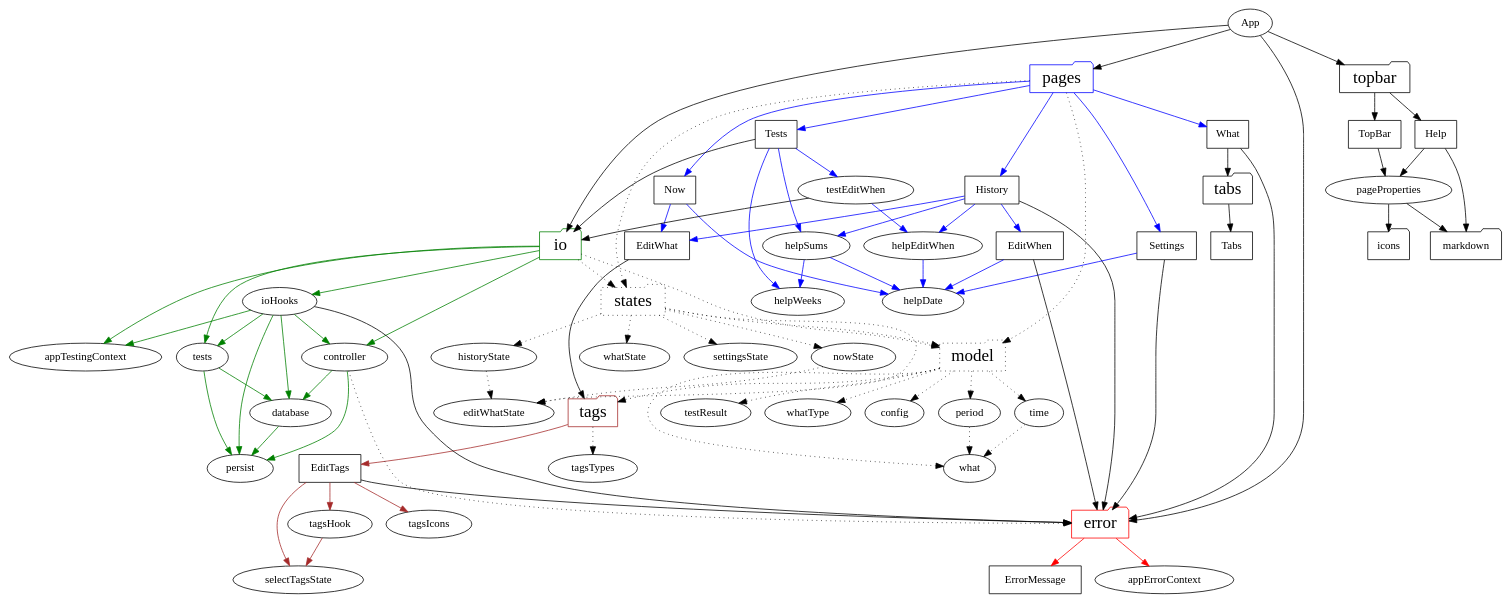
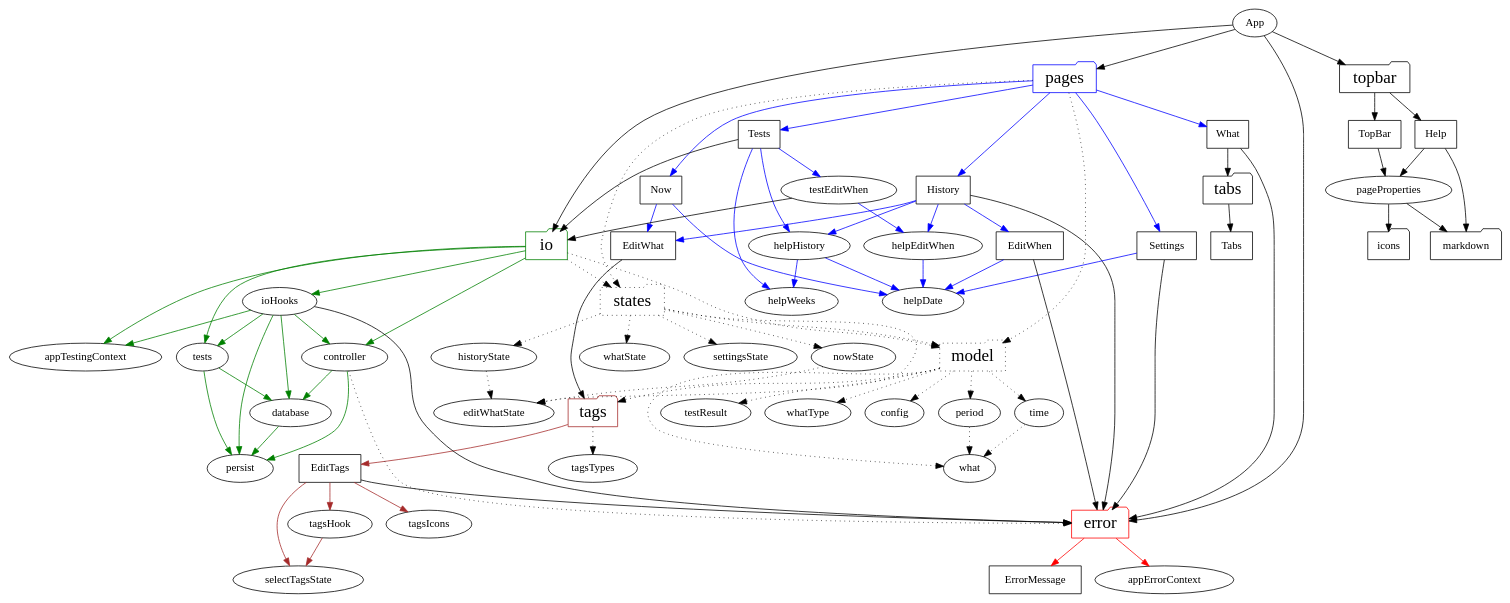
Before and after one commit to cwellsx/time: the diagram in dependencies/dependencies.dot, drawn with Graphviz. The commit also changed 7 other files, not shown here.

```diff
--- a/dependencies/dependencies.dot
+++ b/dependencies/dependencies.dot
@@ -1,92 +1,92 @@
 digraph SRC {
   "App" -> {"error" "io" "pages" "topbar"};
 
   "error" [shape=folder, color=red, fontsize="22pt"];
   "io" [shape=folder, color=green, fontsize="22pt"];
   "model" [shape=folder, fontsize="22pt"] [style=dotted];
   "pages" [shape=folder, color=blue, fontsize="22pt"];
   "states" [shape=folder, fontsize="22pt"] [style=dotted];
   "tabs" [shape=folder, fontsize="22pt"];
   "tags" [shape=folder, color=brown, fontsize="22pt"];
   "topbar" [shape=folder, fontsize="22pt"];
   "icons" [shape=folder];
   "markdown" [shape=folder];
   
   "error" -> {"ErrorMessage" "appErrorContext"} [color=red];
   "ErrorMessage" [shape=rect];
   "ErrorMessage" -> {};
   "appErrorContext" -> {};
 
   "io" -> {"controller" "ioHooks" "tests" "appTestingContext"} [color=green];
   "io" -> {"model" "states"} [style=dotted];
   "controller" -> {"persist" "database"} [color=green];
   "controller" -> {"error"} [style=dotted];
   "database" -> {"persist"} [color=green];
   "ioHooks" -> {"controller" "database" "persist" "tests" "appTestingContext"} [color=green];
   "ioHooks" -> {"error"};
   "tests" -> {"database" "persist"} [color=green];
   "persist" -> {}
   "appTestingContext" -> {};
 
   "model" -> {"config" "period" "testResult" "time" "tags" "whatType" "what"} [style=dotted];
   "config" -> {} [style=dotted];
   "period" -> {"what"} [style=dotted];
   "testResult" -> {} [style=dotted];
   "time" -> {"what"} [style=dotted];
   "what" -> {} [style=dotted];
   "whatType" -> {} [style=dotted];
 
   "pages" -> {"Now" "What" "History" "Settings" "Tests"} [color=blue];
   "Now" [shape=rect];
   "What" [shape=rect];
   "History" [shape=rect];
   "Settings" [shape=rect];
   "Tests" [shape=rect];
   "EditWhat" [shape=rect];
   "EditWhen" [shape=rect];
   "pages" -> {"model" "states"} [style=dotted];
   "helpDate" -> {};
   "helpWeeks" -> {};
   "Now" -> {"helpDate" "EditWhat"} [color=blue];
   "What" -> {"tabs" "error"};
-  "History" -> {"helpSums" "EditWhat" "EditWhen" "helpEditWhen"} [color=blue];
+  "History" -> {"helpHistory" "EditWhat" "EditWhen" "helpEditWhen"} [color=blue];
   "History" -> {"error"};
   "Settings" -> {"helpDate"} [color=blue];
   "Settings" -> {"error"};
-  "Tests" -> {"helpWeeks" "helpSums" "testEditWhen"} [color=blue];
+  "Tests" -> {"helpWeeks" "helpHistory" "testEditWhen"} [color=blue];
   "Tests" -> {"io"};
-  "helpSums" -> {"helpWeeks" "helpDate"} [color=blue];
+  "helpHistory" -> {"helpWeeks" "helpDate"} [color=blue];
   "testEditWhen" -> {"helpEditWhen"} [color=blue];
   "testEditWhen" -> {"io"};
   "helpEditWhen" -> {"helpDate"} [color=blue];
   "EditWhat" -> {"tags"};
   "EditWhen" -> {"helpDate"} [color=blue]
   "EditWhen" -> {"error"}
 
   "states" -> {"nowState" "whatState" "historyState" "settingsState" "editWhatState" "model"} [style=dotted];
   "nowState" -> {"editWhatState"} [style=dotted];
   "whatState" -> {} [style=dotted];
   "historyState" -> {"editWhatState"} [style=dotted];
   "settingsState" -> {} [style=dotted];
   "editWhatState" -> {} [style=dotted];
 
   "tabs" -> {"Tabs"};
   "Tabs" [shape=rect];
   "Tabs" -> {};
 
   "tags" -> {"EditTags"} [color=brown];
   "tags" -> {"tagsTypes"} [style=dotted];
   "EditTags" [shape=rect];
   "EditTags" -> {"selectTagsState" "tagsHook" "tagsIcons"} [color=brown];
   "EditTags" -> {"error"};
   "tagsHook" -> {"selectTagsState"} [color=brown];
   "tagsIcons" -> {};
   "tagsTypes" -> {} [style=dotted];
 
   "topbar" -> {"TopBar" "Help"};
   "TopBar" [shape=rect];
   "Help" [shape=rect];
   "TopBar" -> {"pageProperties"};
   "pageProperties" -> {"markdown" "icons"};
   "Help" -> {"markdown" "pageProperties"};
 }
```
